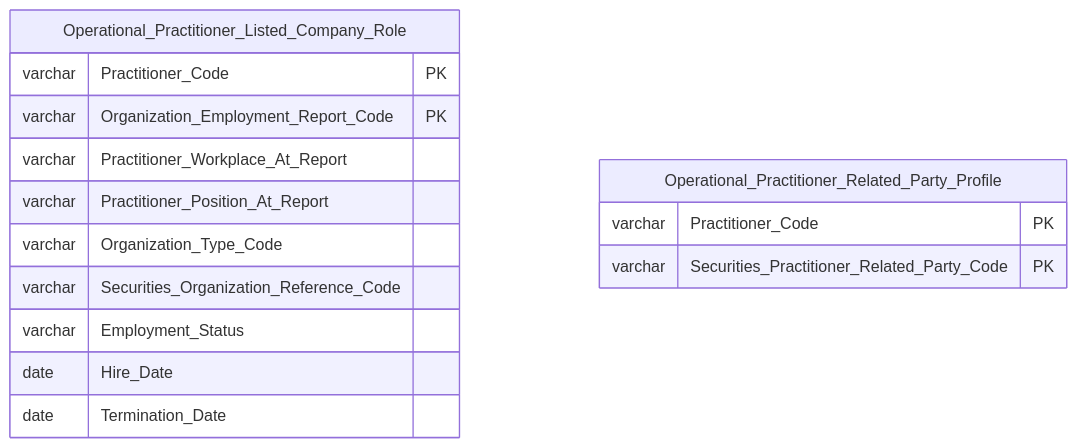
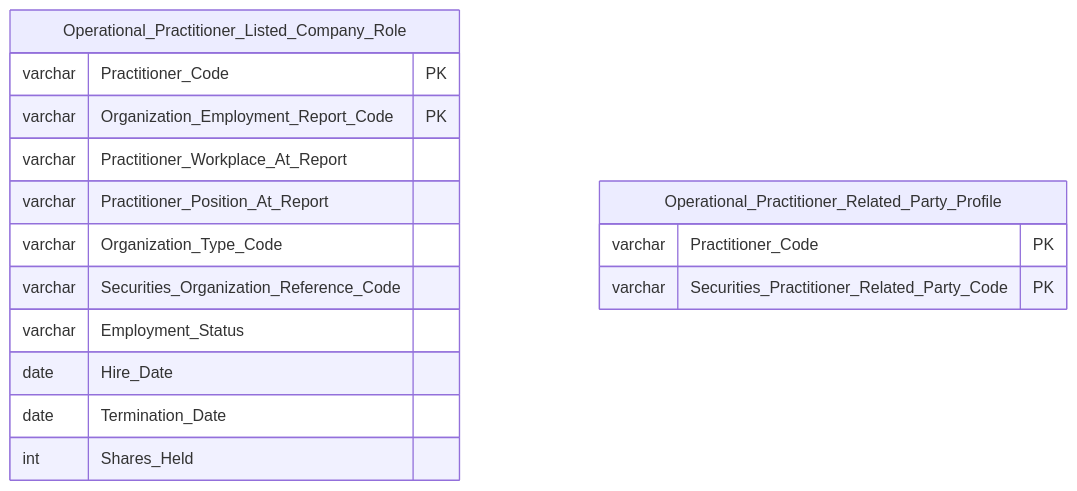
Diagram 26 of 40 in Datamart/hld/DTM_NHNCK_HLD.md (linhlvit/ubck_atomic_design), drawn with Mermaid before and after one commit. The commit also changed other lines of this file and 1 other file, not shown here.

````diff
--- a/Datamart/hld/DTM_NHNCK_HLD.md
+++ b/Datamart/hld/DTM_NHNCK_HLD.md
@@ -1100,20 +1101,21 @@
 ```mermaid
 erDiagram
     Operational_Practitioner_Listed_Company_Role {
         varchar Practitioner_Code PK
         varchar Organization_Employment_Report_Code PK
         varchar Practitioner_Workplace_At_Report
         varchar Practitioner_Position_At_Report
         varchar Organization_Type_Code
         varchar Securities_Organization_Reference_Code
         varchar Employment_Status
         date Hire_Date
         date Termination_Date
+        int Shares_Held
 
     }
 
     Operational_Practitioner_Related_Party_Profile {
         varchar Practitioner_Code PK
         varchar Securities_Practitioner_Related_Party_Code PK
     }
 ```
````
